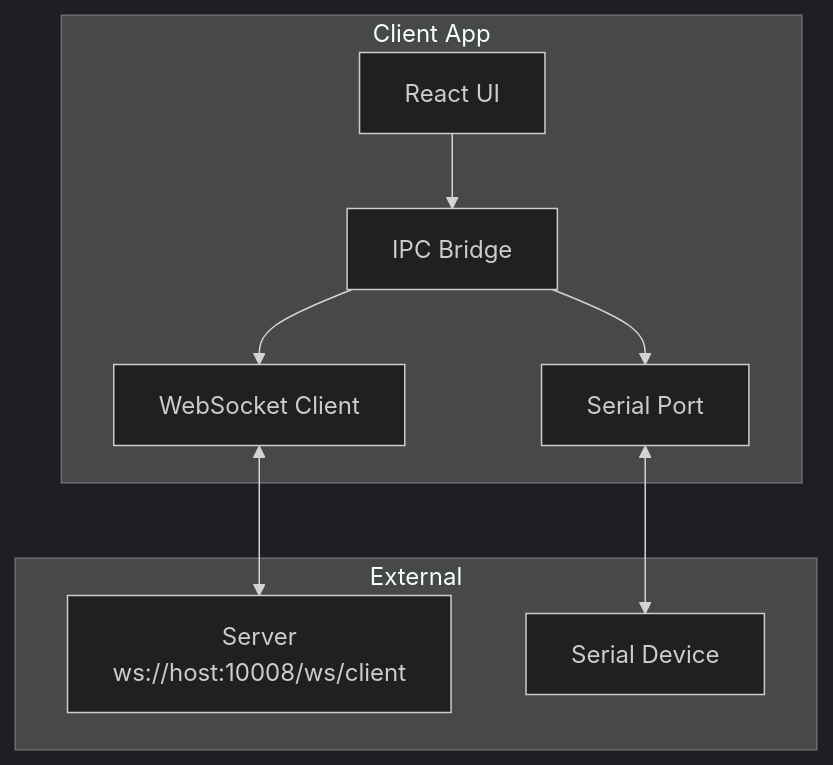
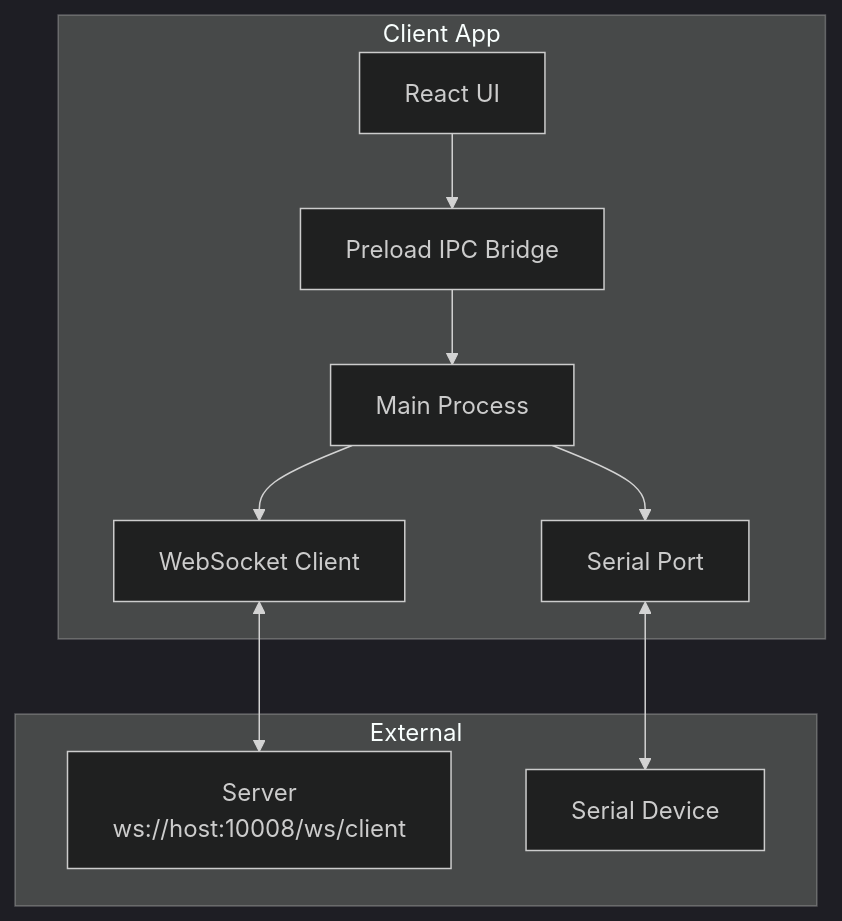
The first of 2 diagrams in apps/client/design.md (hyunu/nexio), drawn with Mermaid (dark theme) before and after one commit. The commit also changed other lines of this file, not shown here.

Commit message:
docs(client): sync design.md with latest client code (process model, IPC channels, WS/serial behavior)

````diff
--- a/apps/client/design.md
+++ b/apps/client/design.md
@@ -9,20 +9,22 @@
 ```mermaid
 graph TB
     subgraph "Client App"
         UI[React UI]
-        IPC[IPC Bridge]
+        PRE[Preload IPC Bridge]
+        MP[Main Process]
         WS[WebSocket Client]
         SER[Serial Port]
     end
 
     subgraph "External"
-        SERVER[Server<br/>ws://host:10008/ws/client]
-        DEVICE[Serial Device]
+        S[Server<br/>ws://host:10008/ws/client]
+        D[Serial Device]
     end
 
-    UI --> IPC
-    IPC --> WS
-    IPC --> SER
-    WS <--> SERVER
-    SER <--> DEVICE
+    UI --> PRE
+    PRE --> MP
+    MP --> WS
+    MP --> SER
+    WS <--> S
+    SER <--> D
 ```
````
